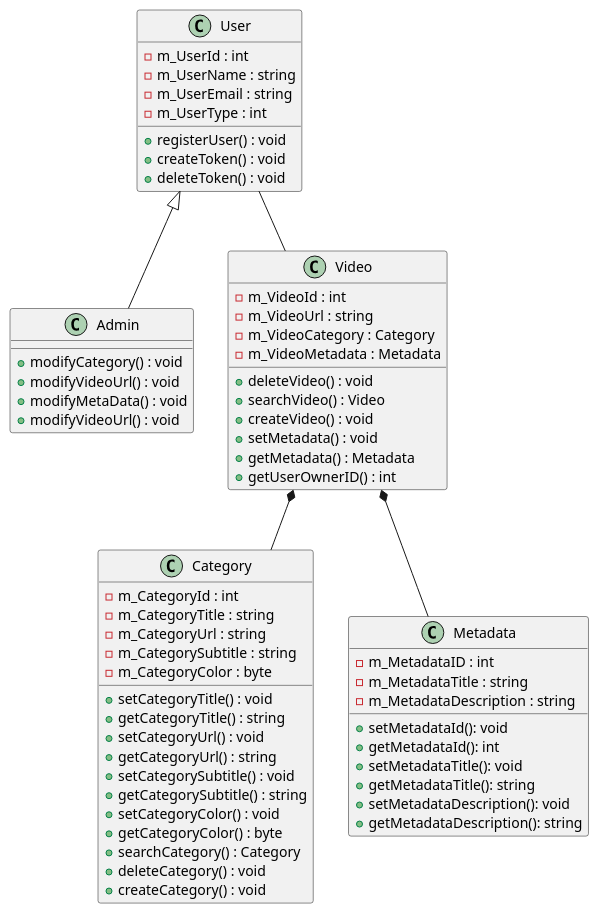
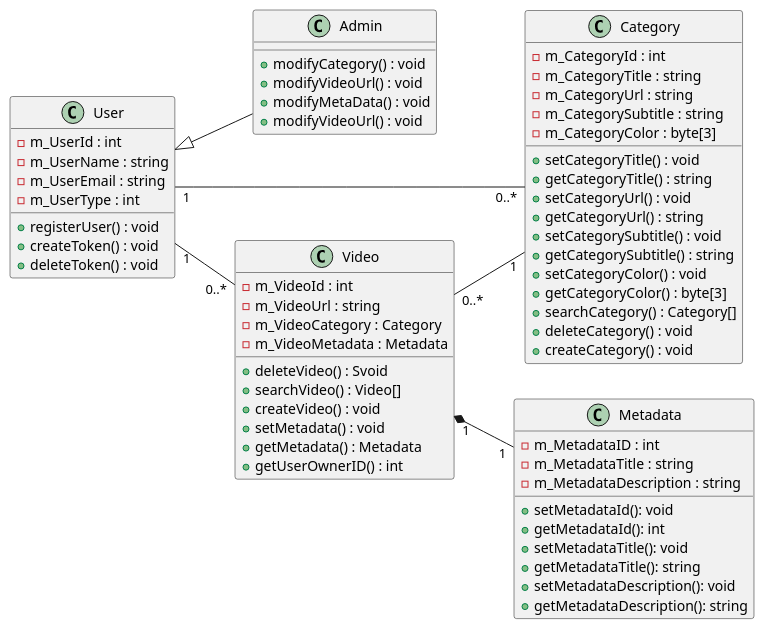
The diagram in Artefatos/Diagramas/ClassDiagram.puml (MurylloEx/DevFlix-PSW), drawn with PlantUML before and after one commit.

```diff
--- a/Artefatos/Diagramas/ClassDiagram.puml
+++ b/Artefatos/Diagramas/ClassDiagram.puml
@@ -1,67 +1,69 @@
 @startuml
+
+left to right direction
 
 class User {
     -m_UserId : int
     -m_UserName : string
     -m_UserEmail : string
     -m_UserType : int
     +registerUser() : void
     +createToken() : void
     +deleteToken() : void
 }
 
 class Admin {
     +modifyCategory() : void
     +modifyVideoUrl() : void
     +modifyMetaData() : void
     +modifyVideoUrl() : void
 }
 
 class Category {
     -m_CategoryId : int
     -m_CategoryTitle : string
     -m_CategoryUrl : string
     -m_CategorySubtitle : string
-    -m_CategoryColor : byte
+    -m_CategoryColor : byte[3]
     +setCategoryTitle() : void
     +getCategoryTitle() : string
     +setCategoryUrl() : void
     +getCategoryUrl() : string
     +setCategorySubtitle() : void
     +getCategorySubtitle() : string
     +setCategoryColor() : void
-    +getCategoryColor() : byte
-    +searchCategory() : Category
+    +getCategoryColor() : byte[3]
+    +searchCategory() : Category[]
     +deleteCategory() : void
     +createCategory() : void
 }
 
 class Video {
     -m_VideoId : int
     -m_VideoUrl : string
     -m_VideoCategory : Category
     -m_VideoMetadata : Metadata
-    +deleteVideo() : void
-    +searchVideo() : Video
+    +deleteVideo() : Svoid
+    +searchVideo() : Video[]
     +createVideo() : void
     +setMetadata() : void
     +getMetadata() : Metadata
     +getUserOwnerID() : int
 }
 class Metadata{
     -m_MetadataID : int
     -m_MetadataTitle : string
     -m_MetadataDescription : string
     +setMetadataId(): void
     +getMetadataId(): int
     +setMetadataTitle(): void
     +getMetadataTitle(): string
     +setMetadataDescription(): void
     +getMetadataDescription(): string
 }
-
-User -- Video
+User "1"--"0..*" Category
+User "1"--"0..*" Video
 User <|-- Admin
-Video *-- Metadata
-Video *-- Category
+Video "1"*--"1" Metadata
+Video "0..*"--"1" Category
 @endtuml
```
